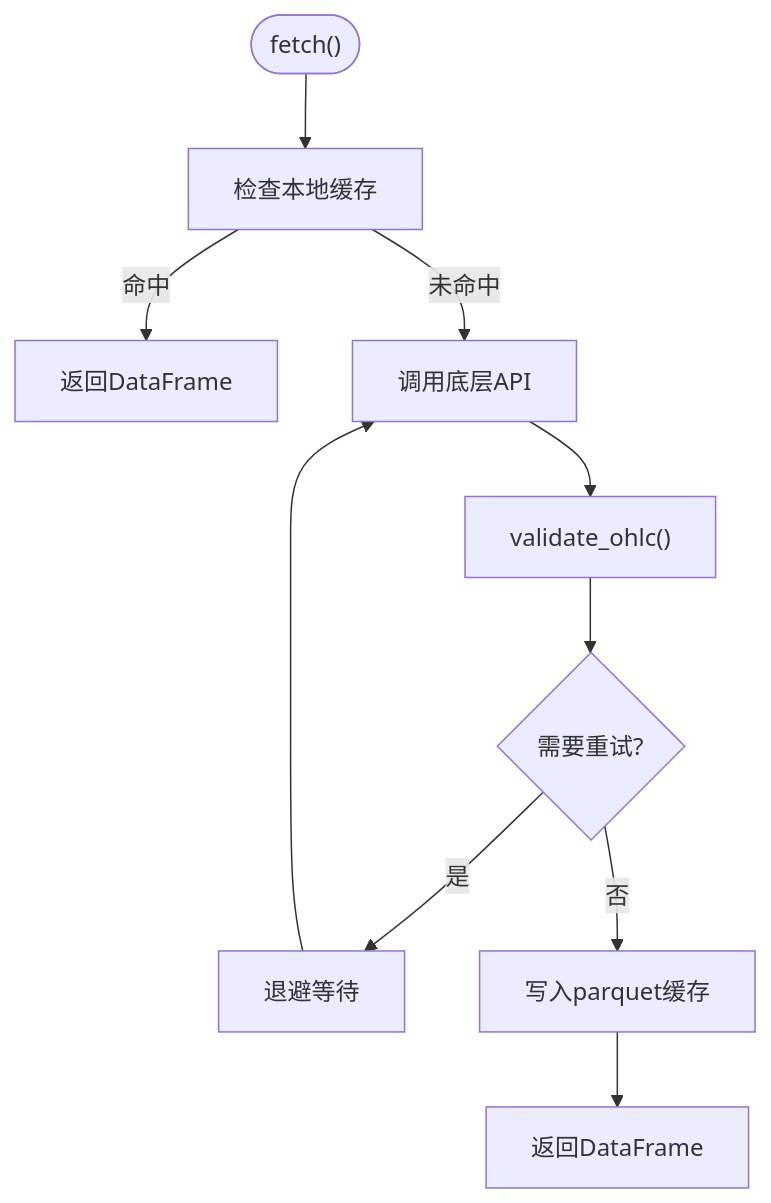
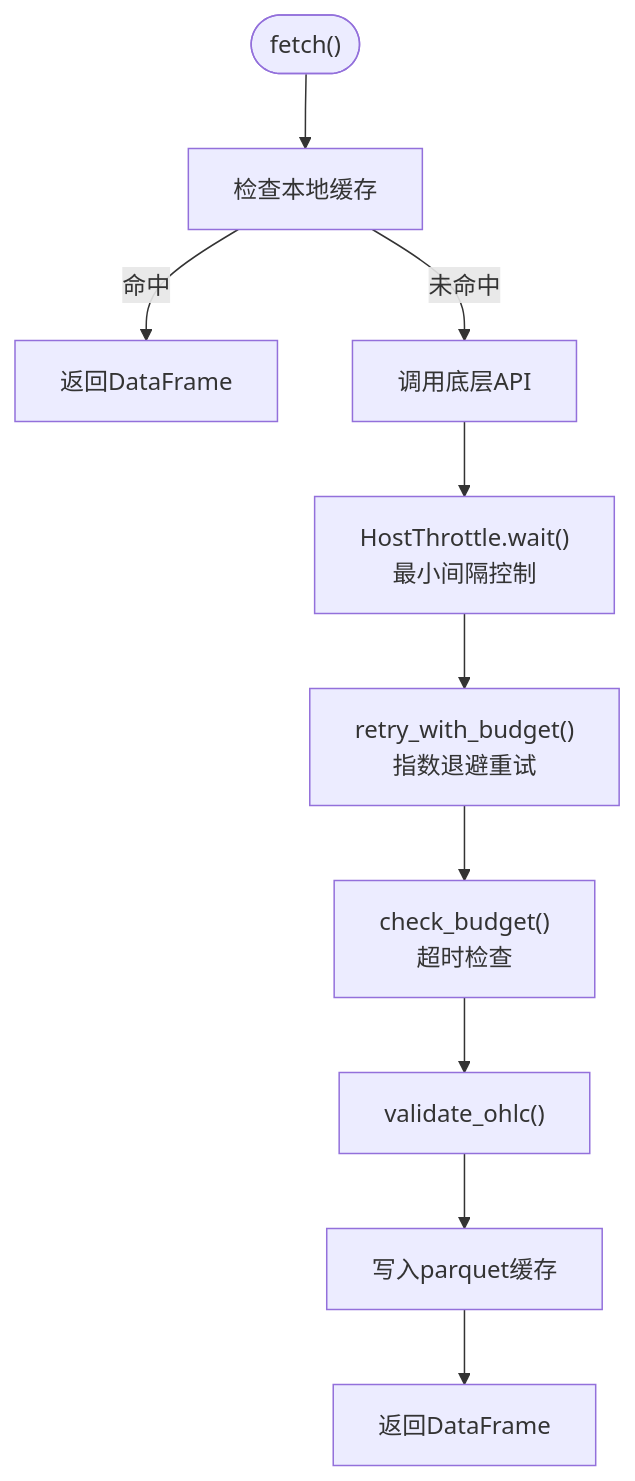
One commit to 20012002er/Vibe-Trading changed the fifth of 7 diagrams in .qoder/repowiki/zh/content/量化回测引擎.md. Above: the diagram before and after it, drawn with Mermaid. The commit also changed other lines of this file and 96 other files, not shown here.

````diff
--- a/.qoder/repowiki/zh/content/量化回测引擎.md
+++ b/.qoder/repowiki/zh/content/量化回测引擎.md
@@ -221,12 +256,12 @@
 ```mermaid
 flowchart TD
 Start(["fetch()"]) --> Cache["检查本地缓存"]
 Cache --> |命中| ReturnCache["返回DataFrame"]
 Cache --> |未命中| Load["调用底层API"]
-Load --> Validate["validate_ohlc()"]
-Validate --> Retry{"需要重试?"}
-Retry --> |是| Wait["退避等待"]
-Wait --> Load
-Retry --> |否| Save["写入parquet缓存"]
+Load --> Throttle["HostThrottle.wait()<br/>最小间隔控制"]
+Throttle --> Retry["retry_with_budget()<br/>指数退避重试"]
+Retry --> Budget["check_budget()<br/>超时检查"]
+Budget --> Validate["validate_ohlc()"]
+Validate --> Save["写入parquet缓存"]
 Save --> ReturnData["返回DataFrame"]
 ```
````
